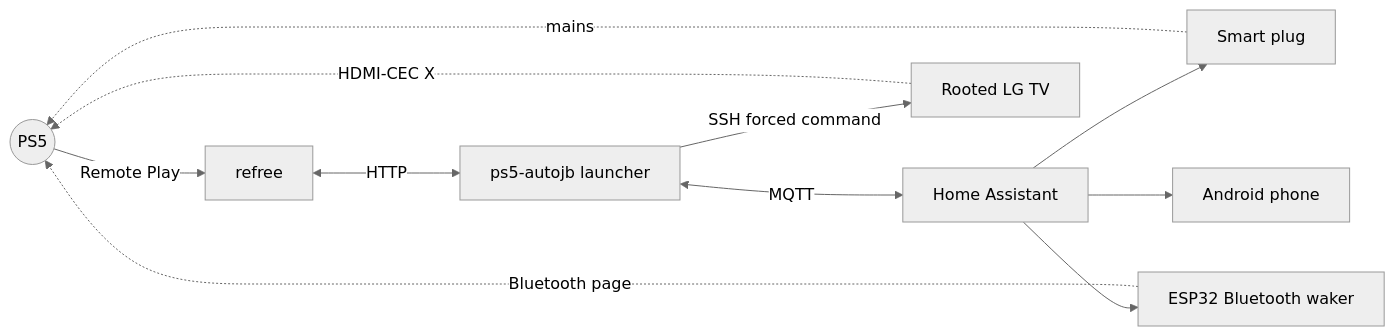
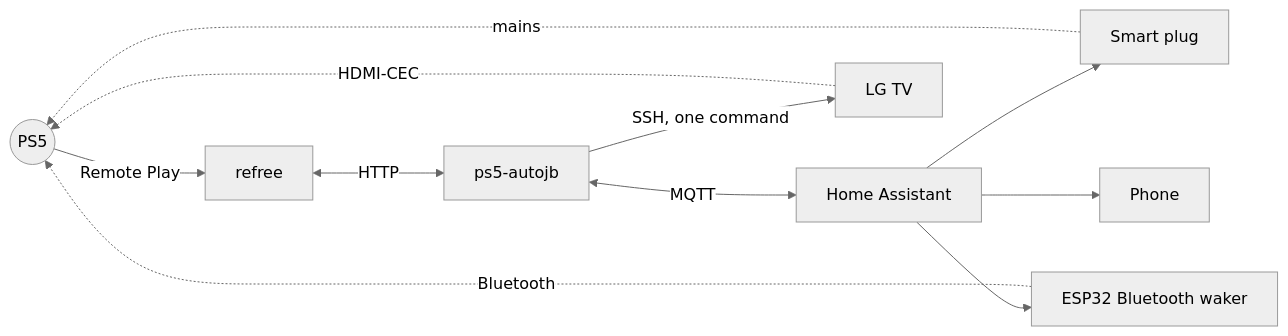
Before and after one commit to HaydenGriffin/ps5-autojb: the diagram in README.md, drawn with Mermaid (neutral theme). The commit also changed other lines of this file and 21 other files, not shown here.

````diff
--- a/README.md
+++ b/README.md
@@ -14,13 +46,13 @@
 ```mermaid
 flowchart LR
   PS5((PS5)) -- Remote Play --> R[refree]
-  R <-- HTTP --> L[ps5-autojb launcher]
+  R <-- HTTP --> L[ps5-autojb]
   L <-- MQTT --> HA[Home Assistant]
   HA --> P[Smart plug]
   HA --> W[ESP32 Bluetooth waker]
-  HA --> A[Android phone]
-  L -- SSH forced command --> TV[Rooted LG TV]
+  HA --> A[Phone]
+  L -- SSH, one command --> TV[LG TV]
   P -. mains .-> PS5
-  W -. Bluetooth page .-> PS5
-  TV -. HDMI-CEC X .-> PS5
+  W -. Bluetooth .-> PS5
+  TV -. HDMI-CEC .-> PS5
 ```
````
